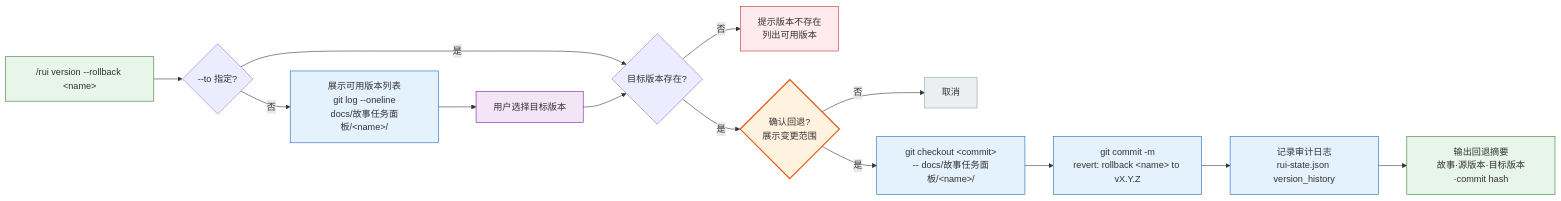
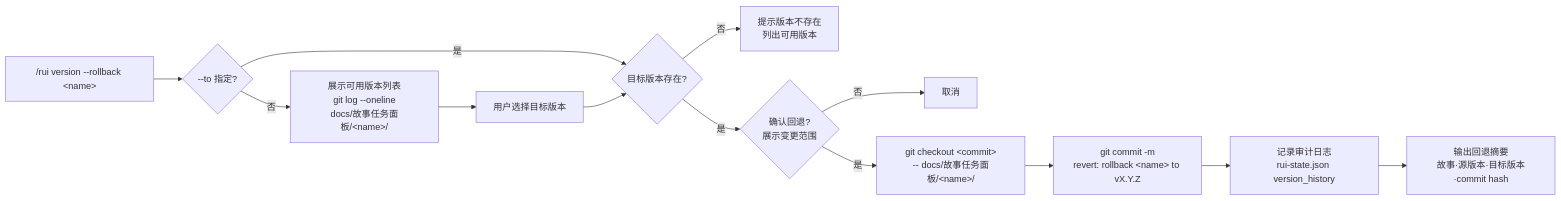
Before and after one commit to effiy/YrY: diagram 12 of 17 in skills/rui/SKILL.md, drawn with Mermaid. The commit also changed other lines of this file and 61 other files, not shown here.

````diff
--- a/skills/rui/SKILL.md
+++ b/skills/rui/SKILL.md
@@ -714,23 +742,16 @@
 ```mermaid
 flowchart LR
     CMD["/rui version --rollback &lt;name&gt;"]:::src --> LIST{"--to 指定?"}
     LIST -->|"否"| SHOW["展示可用版本列表<br/>git log --oneline<br/>docs/故事任务面板/&lt;name&gt;/"]:::op
     SHOW --> USER["用户选择目标版本"]:::user
     LIST -->|"是"| CHECK{"目标版本存在?"}
     USER --> CHECK
     CHECK -->|"否"| ABORT["提示版本不存在<br/>列出可用版本"]:::bad
     CHECK -->|"是"| CONFIRM{"确认回退?<br/>展示变更范围"}:::gate
     CONFIRM -->|"否"| CANCEL["取消"]:::abort
     CONFIRM -->|"是"| REVERT["git checkout &lt;commit&gt;<br/>-- docs/故事任务面板/&lt;name&gt;/"]:::op
     REVERT --> COMMIT["git commit -m<br/>revert: rollback &lt;name&gt; to vX.Y.Z"]:::op
     COMMIT --> AUDIT["记录审计日志<br/>rui-state.json version_history"]:::op
     AUDIT --> REPORT["输出回退摘要<br/>故事·源版本·目标版本·commit hash"]:::out
 
-    classDef src fill:#e8f5e9,stroke:#2e7d32;
-    classDef op fill:#e3f2fd,stroke:#1565c0;
-    classDef user fill:#f3e5f5,stroke:#6a1b9a;
-    classDef gate fill:#fff3e0,stroke:#e65100,stroke-width:2px;
-    classDef bad fill:#ffebee,stroke:#c62828;
-    classDef abort fill:#eceff1,stroke:#90a4ae;
-    classDef out fill:#e8f5e9,stroke:#2e7d32;
 ```
````
